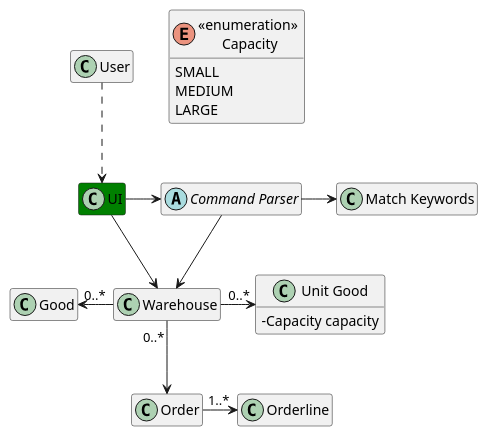
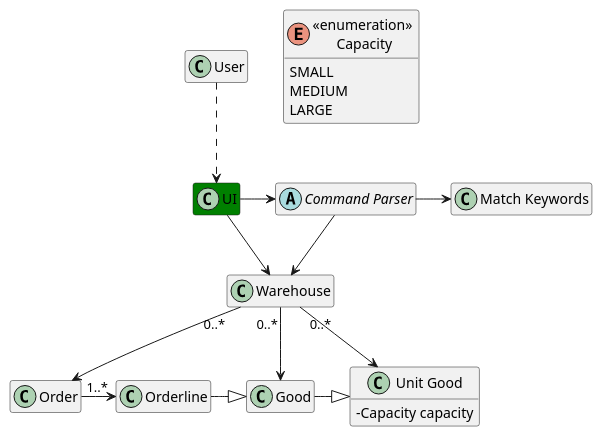
Before and after one commit to nus-cs2113-AY2122S2/tp: the diagram in docs/diagrams/ArchitectureDiagram.puml, drawn with PlantUML. The commit also changed 5 other files, not shown here.

Commit message:
Add diagrams for DG

```diff
--- a/docs/diagrams/ArchitectureDiagram.puml
+++ b/docs/diagrams/ArchitectureDiagram.puml
@@ -1,31 +1,33 @@
 @startuml
 hide empty members
 skinparam classAttributeIconSize 0
 
 Class UI #green
 abstract "Command Parser"
 Class "Match Keywords"
 Class "Unit Good" {
 -Capacity capacity
 }
 Class Good
 Class Order
 Class Orderline
 Enum "<<enumeration>> \nCapacity" {
 SMALL
 MEDIUM
 LARGE
 }
 Class Warehouse
 
 User ..> UI
 UI -> "Command Parser"
 UI -down-> Warehouse
 "Command Parser" -> "Match Keywords"
 "Command Parser" -> Warehouse
 Warehouse "0..*"-> "Unit Good"
-Warehouse "0..*"-left-> Good
-Warehouse "0..*"-down-> Order
+Warehouse "0..*"--> Good
+Good -|> "Unit Good"
+Warehouse "0..*"--> Order
 Order "1..*"-> Orderline
+Orderline -|> Good
 
 @enduml
```
